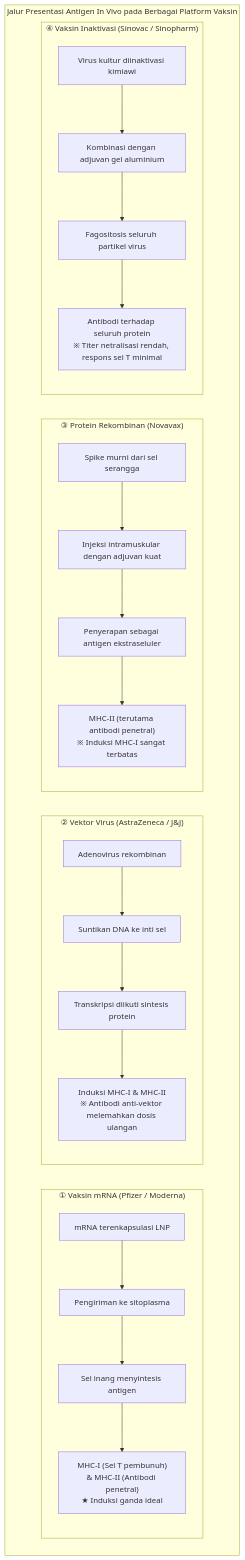
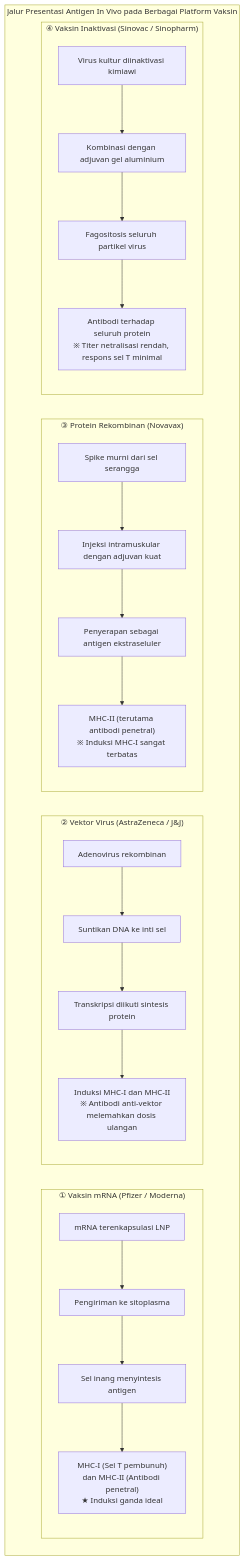
The fourth of 4 diagrams in content/post/covid19-mrna-vaccine-science-mechanisms-future/index.id.md (kenjinote/blog), drawn with Mermaid before and after one commit. The commit also changed other lines of this file and 12 other files, not shown here.

Commit message:
fix(post): resolve mermaid syntax error in chapter 4 across all 13 languages

````diff
--- a/content/post/covid19-mrna-vaccine-science-mechanisms-future/index.id.md
+++ b/content/post/covid19-mrna-vaccine-science-mechanisms-future/index.id.md
@@ -421,24 +423,24 @@
 ```mermaid
 flowchart TD
     subgraph AntigenPresentationPlatforms ["Jalur Presentasi Antigen In Vivo pada Berbagai Platform Vaksin"]
         subgraph Sub_MRNA ["① Vaksin mRNA (Pfizer / Moderna)"]
             M1["mRNA terenkapsulasi LNP"] --> M2["Pengiriman ke sitoplasma"] --> M3["Sel inang menyintesis antigen"]
-            M3 --> M4["MHC-I (Sel T pembunuh)<br/>& MHC-II (Antibodi penetral)<br/>★ Induksi ganda ideal"]
+            M3 --> M4["MHC-I (Sel T pembunuh)<br/>dan MHC-II (Antibodi penetral)<br/>★ Induksi ganda ideal"]
         end
 
         subgraph Sub_Vector ["② Vektor Virus (AstraZeneca / J&J)"]
             V1["Adenovirus rekombinan"] --> V2["Suntikan DNA ke inti sel"] --> V3["Transkripsi diikuti sintesis protein"]
-            V3 --> V4["Induksi MHC-I & MHC-II<br/>※ Antibodi anti-vektor melemahkan dosis ulangan"]
+            V3 --> V4["Induksi MHC-I dan MHC-II<br/>※ Antibodi anti-vektor melemahkan dosis ulangan"]
         end
 
         subgraph Sub_Protein ["③ Protein Rekombinan (Novavax)"]
             P1["Spike murni dari sel serangga"] --> P2["Injeksi intramuskular dengan adjuvan kuat"]
             P2 --> P3["Penyerapan sebagai antigen ekstraseluler"] --> P4["MHC-II (terutama antibodi penetral)<br/>※ Induksi MHC-I sangat terbatas"]
         end
 
         subgraph Sub_Inactivated ["④ Vaksin Inaktivasi (Sinovac / Sinopharm)"]
             I1["Virus kultur diinaktivasi kimiawi"] --> I2["Kombinasi dengan adjuvan gel aluminium"]
             I2 --> I3["Fagositosis seluruh partikel virus"] --> I4["Antibodi terhadap seluruh protein<br/>※ Titer netralisasi rendah, respons sel T minimal"]
         end
     end
 ```
````
